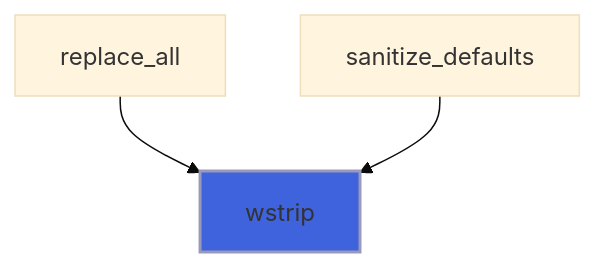
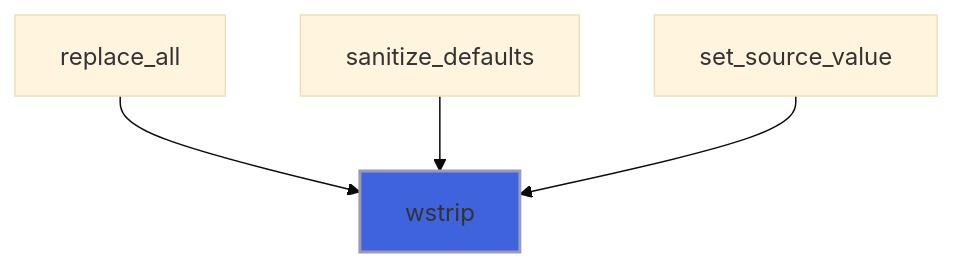
Diagram 14 of 14 in docs/api/src/lib/flap_utils_m.md (szaghi/FLAP), drawn with Mermaid (base theme) before and after one commit. The commit also changed other lines of this file and 17 other files, not shown here.

````diff
--- a/docs/api/src/lib/flap_utils_m.md
+++ b/docs/api/src/lib/flap_utils_m.md
@@ -240,6 +495,7 @@
 ```mermaid
 flowchart TD
   replace_all["replace_all"] --> wstrip["wstrip"]
   sanitize_defaults["sanitize_defaults"] --> wstrip["wstrip"]
+  set_source_value["set_source_value"] --> wstrip["wstrip"]
   style wstrip fill:#3e63dd,stroke:#99b,stroke-width:2px
 ```
````
